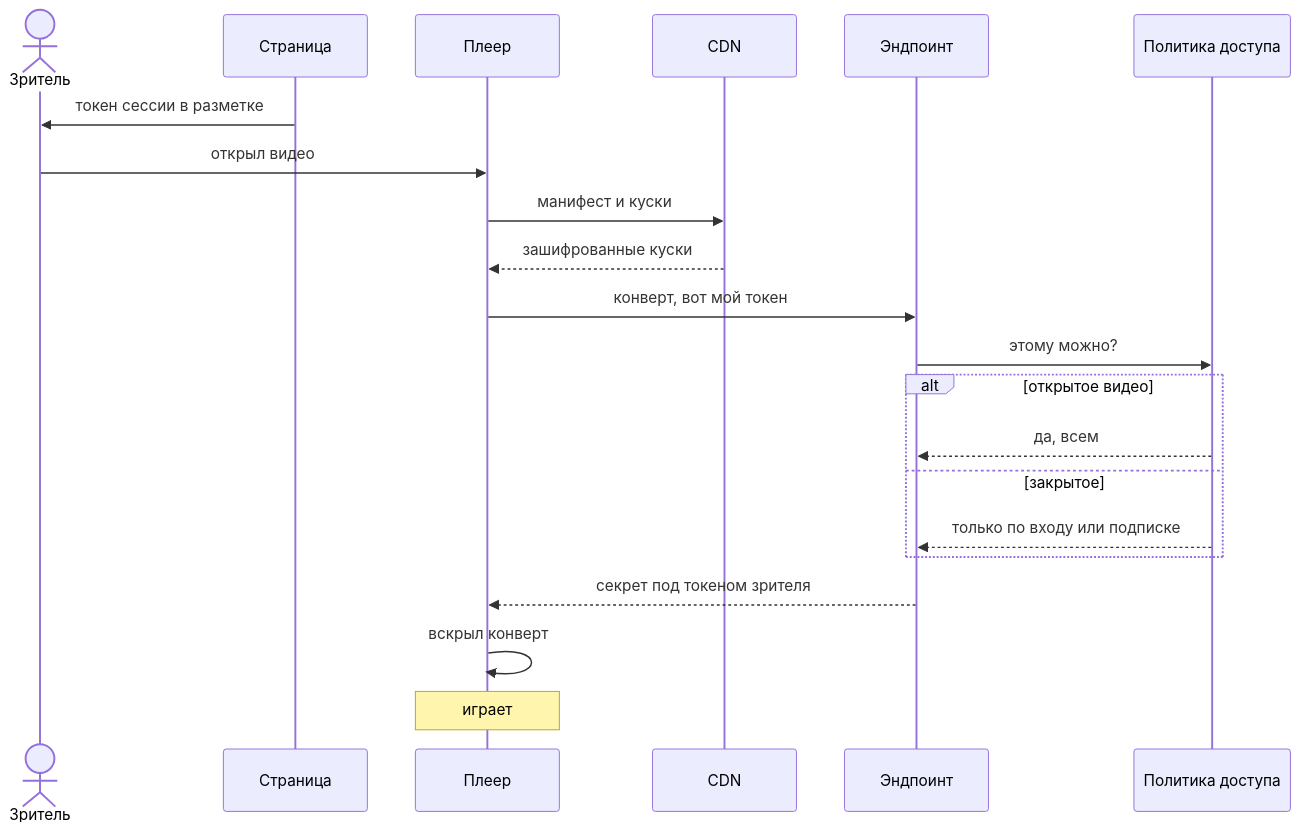
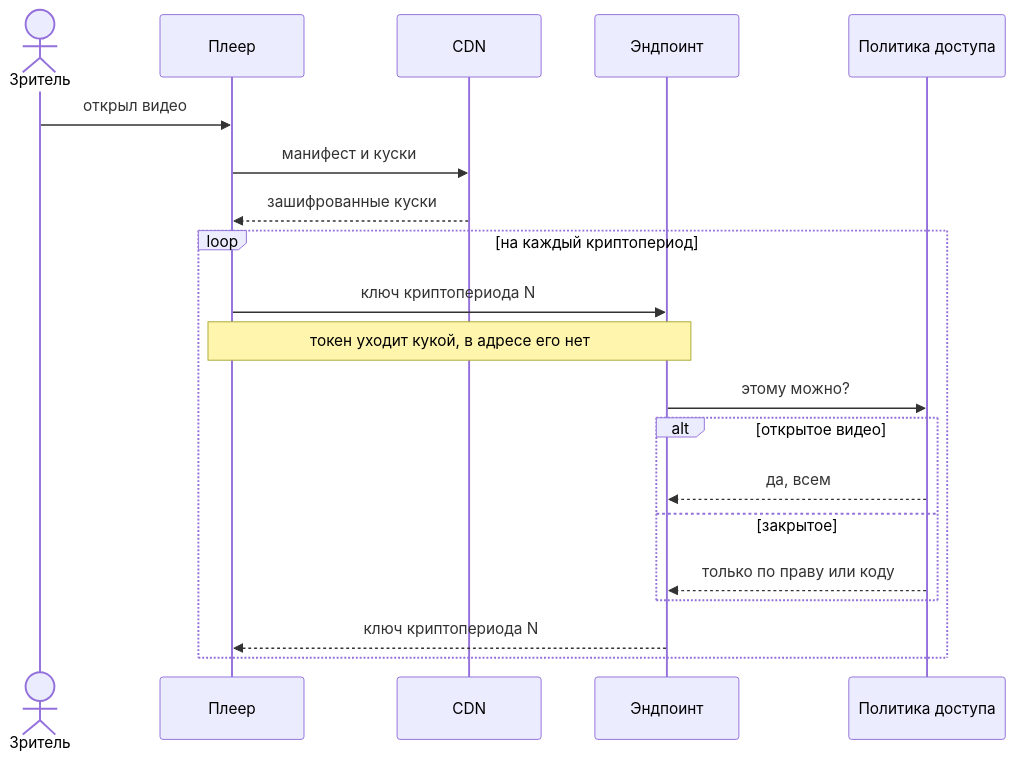
One commit to Vovanda/WebHolyGrail changed the fourth of 6 diagrams in docs/whg/39-video.md. Above: the diagram before and after it, drawn with Mermaid. The commit also changed other lines of this file and 8 other files, not shown here.

````diff
--- a/docs/whg/39-video.md
+++ b/docs/whg/39-video.md
@@ -143,24 +155,23 @@
 ```mermaid
 sequenceDiagram
     actor Зритель
-    participant Страница
     participant Плеер
     participant CDN
     participant Эндпоинт
     participant Политика as Политика доступа
 
-    Страница->>Зритель: токен сессии в разметке
     Зритель->>Плеер: открыл видео
     Плеер->>CDN: манифест и куски
     CDN-->>Плеер: зашифрованные куски
-    Плеер->>Эндпоинт: конверт, вот мой токен
-    Эндпоинт->>Политика: этому можно?
-    alt открытое видео
-        Политика-->>Эндпоинт: да, всем
-    else закрытое
-        Политика-->>Эндпоинт: только по входу или подписке
+    loop на каждый криптопериод
+        Плеер->>Эндпоинт: ключ криптопериода N
+        Note over Плеер,Эндпоинт: токен уходит кукой, в адресе его нет
+        Эндпоинт->>Политика: этому можно?
+        alt открытое видео
+            Политика-->>Эндпоинт: да, всем
+        else закрытое
+            Политика-->>Эндпоинт: только по праву или коду
+        end
+        Эндпоинт-->>Плеер: ключ криптопериода N
     end
-    Эндпоинт-->>Плеер: секрет под токеном зрителя
-    Плеер->>Плеер: вскрыл конверт
-    Note over Плеер: играет
 ```
````
